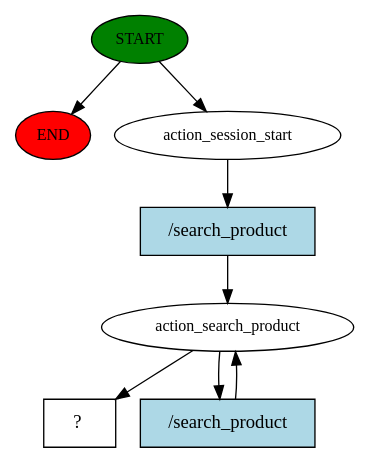
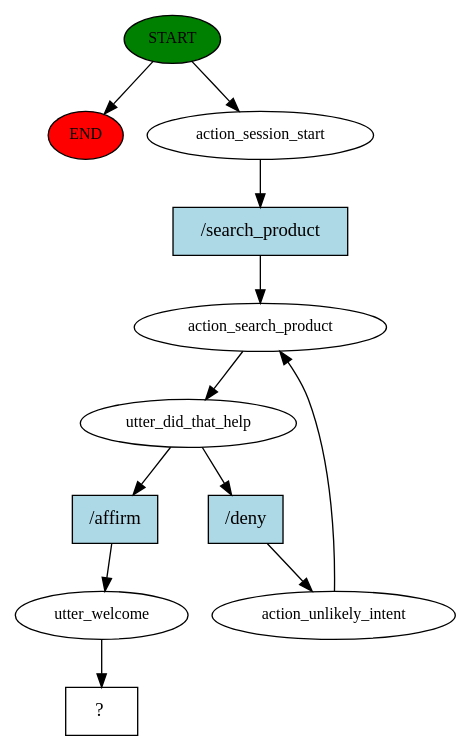
One commit to Buddhima-JD3/Salesmanbot changed the diagram in chatbot/story_graph.dot. Above: the diagram before and after it, drawn with Graphviz. The commit also changed 79 other files, not shown here.

```diff
--- a/chatbot/story_graph.dot
+++ b/chatbot/story_graph.dot
@@ -1,16 +1,24 @@
 digraph  {
 0 [class="start active", fillcolor=green, fontsize=12, label=START, style=filled];
 "-1" [class=end, fillcolor=red, fontsize=12, label=END, style=filled];
 1 [class=active, fontsize=12, label=action_session_start];
 2 [class=active, fontsize=12, label=action_search_product];
-4 [class="intent dashed active", label="  ?  ", shape=rect];
-5 [class="intent active", fillcolor=lightblue, label="/search_product", shape=rect, style=filled];
-6 [class="intent active", fillcolor=lightblue, label="/search_product", shape=rect, style=filled];
+3 [class=active, fontsize=12, label=utter_did_that_help];
+4 [class=active, fontsize=12, label=action_unlikely_intent];
+7 [class=active, fontsize=12, label=utter_welcome];
+8 [class="intent dashed active", label="  ?  ", shape=rect];
+9 [class="intent active", fillcolor=lightblue, label="/search_product", shape=rect, style=filled];
+10 [class="intent active", fillcolor=lightblue, label="/deny", shape=rect, style=filled];
+11 [class="intent active", fillcolor=lightblue, label="/affirm", shape=rect, style=filled];
 0 -> "-1"  [class="", key=NONE, label=""];
 0 -> 1  [class=active, key=NONE, label=""];
-1 -> 5  [class=active, key=0];
-2 -> 4  [class=active, key=NONE, label=""];
-2 -> 6  [class=active, key=0];
-5 -> 2  [class=active, key=0];
-6 -> 2  [class=active, key=0];
+1 -> 9  [class=active, key=0];
+2 -> 3  [class=active, key=NONE, label=""];
+3 -> 10  [class=active, key=0];
+3 -> 11  [class=active, key=0];
+4 -> 2  [class=active, key=NONE, label=""];
+7 -> 8  [class=active, key=NONE, label=""];
+9 -> 2  [class=active, key=0];
+10 -> 4  [class=active, key=0];
+11 -> 7  [class=active, key=0];
 }
```
